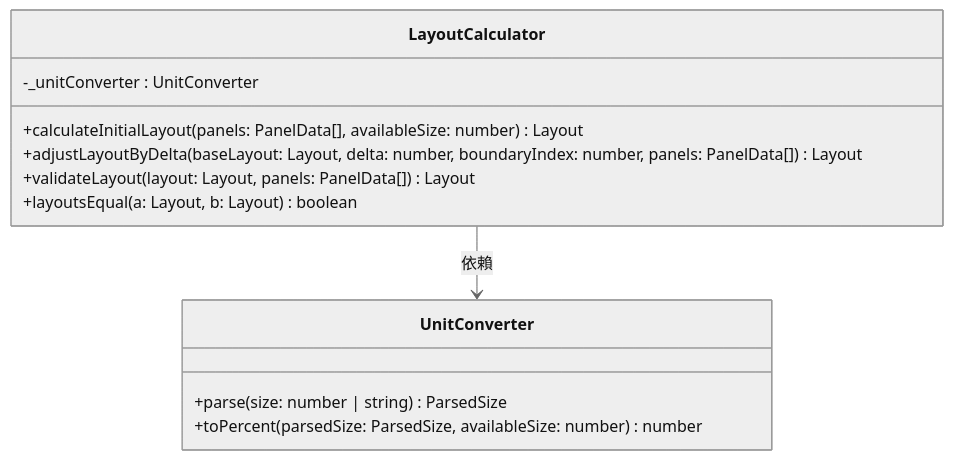
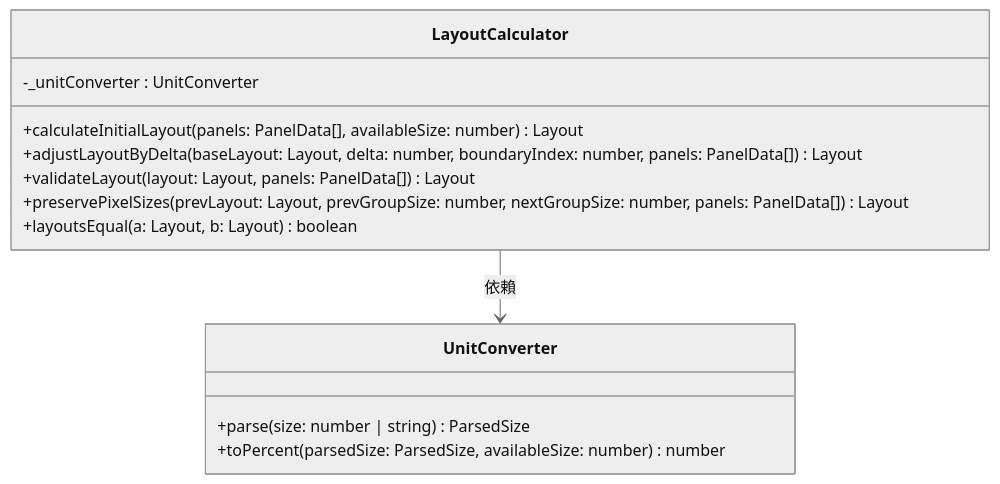
The diagram in docs/LayoutCalculator.md (laidasan/resizable-panel), drawn with Mermaid (neutral theme) before and after one commit. The commit also changed other lines of this file and 7 other files, not shown here.

````diff
--- a/docs/LayoutCalculator.md
+++ b/docs/LayoutCalculator.md
@@ -7,19 +7,20 @@
 ```mermaid
 classDiagram
     direction TB
 
     class LayoutCalculator {
         -_unitConverter : UnitConverter
         +calculateInitialLayout(panels: PanelData[], availableSize: number) Layout
         +adjustLayoutByDelta(baseLayout: Layout, delta: number, boundaryIndex: number, panels: PanelData[]) Layout
         +validateLayout(layout: Layout, panels: PanelData[]) Layout
+        +preservePixelSizes(prevLayout: Layout, prevGroupSize: number, nextGroupSize: number, panels: PanelData[]) Layout
         +layoutsEqual(a: Layout, b: Layout) boolean
     }
 
     class UnitConverter {
         +parse(size: number | string) ParsedSize
         +toPercent(parsedSize: ParsedSize, availableSize: number) number
     }
 
     LayoutCalculator --> UnitConverter : 依賴
 ```
````
